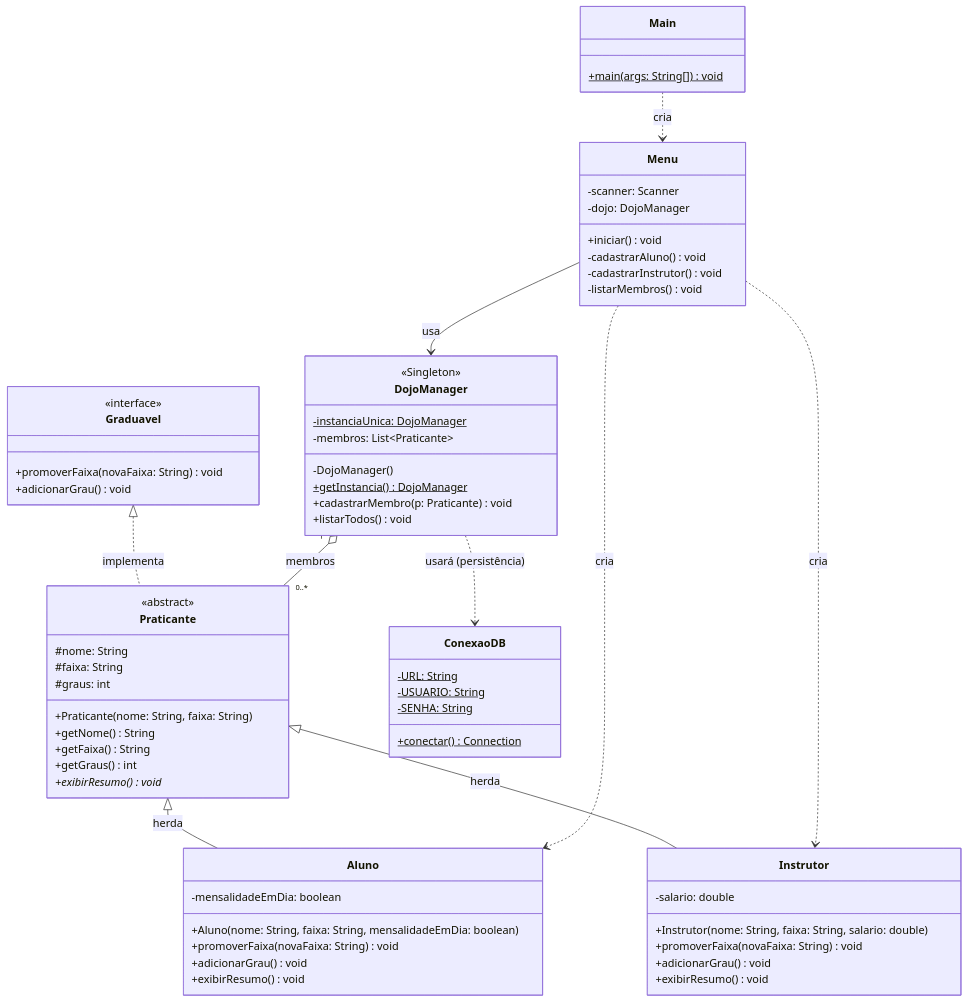
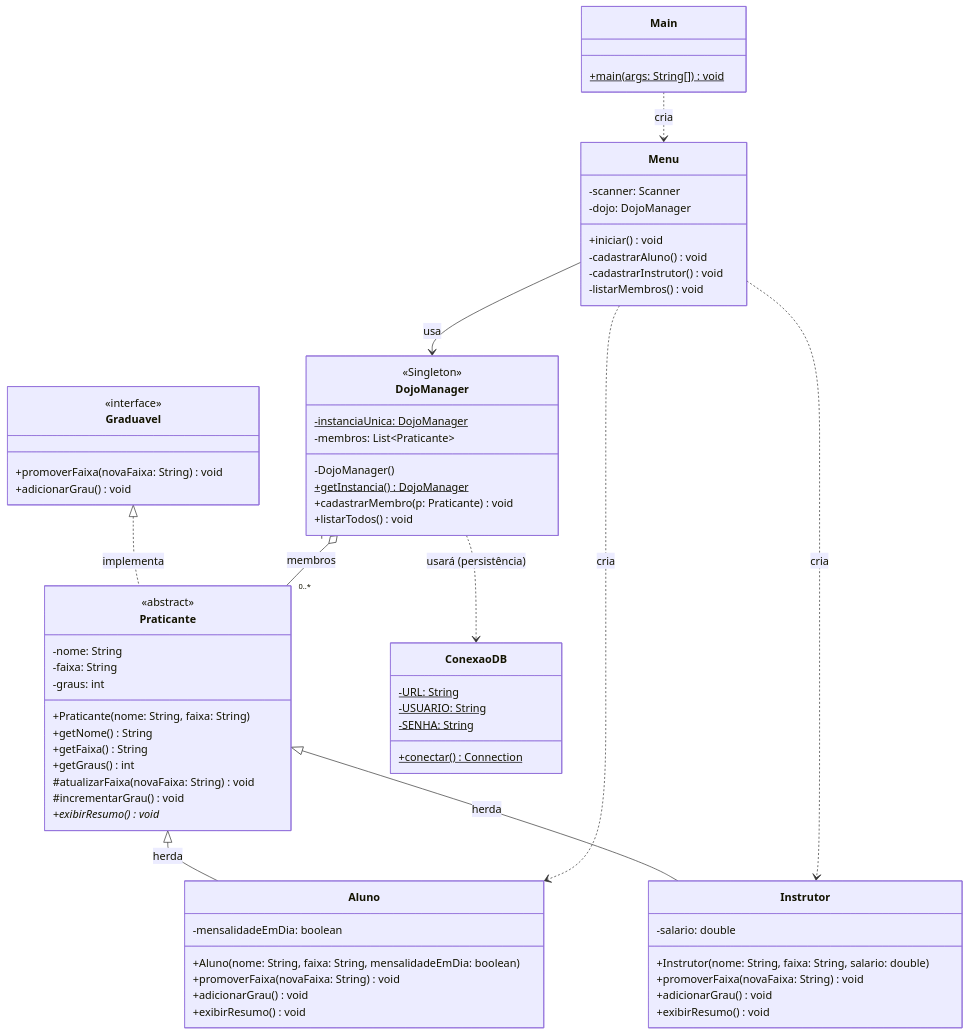
Before and after one commit to WladmirCarvalho/DojoSys: the diagram in docs/diagrama-classes.md, drawn with Mermaid. The commit also changed other lines of this file and 12 other files, not shown here.

````diff
--- a/docs/diagrama-classes.md
+++ b/docs/diagrama-classes.md
@@ -7,78 +7,80 @@
 ```mermaid
 classDiagram
     direction TB
 
     class Graduavel {
         <<interface>>
         +promoverFaixa(novaFaixa: String) void
         +adicionarGrau() void
     }
 
     class Praticante {
         <<abstract>>
-        #nome: String
-        #faixa: String
-        #graus: int
+        -nome: String
+        -faixa: String
+        -graus: int
         +Praticante(nome: String, faixa: String)
         +getNome() String
         +getFaixa() String
         +getGraus() int
+        #atualizarFaixa(novaFaixa: String) void
+        #incrementarGrau() void
         +exibirResumo()* void
     }
 
     class Aluno {
         -mensalidadeEmDia: boolean
         +Aluno(nome: String, faixa: String, mensalidadeEmDia: boolean)
         +promoverFaixa(novaFaixa: String) void
         +adicionarGrau() void
         +exibirResumo() void
     }
 
     class Instrutor {
         -salario: double
         +Instrutor(nome: String, faixa: String, salario: double)
         +promoverFaixa(novaFaixa: String) void
         +adicionarGrau() void
         +exibirResumo() void
     }
 
     class DojoManager {
         <<Singleton>>
         -instanciaUnica: DojoManager$
         -membros: List~Praticante~
         -DojoManager()
         +getInstancia()$ DojoManager
         +cadastrarMembro(p: Praticante) void
         +listarTodos() void
     }
 
     class ConexaoDB {
         -URL: String$
         -USUARIO: String$
         -SENHA: String$
         +conectar()$ Connection
     }
 
     class Menu {
         -scanner: Scanner
         -dojo: DojoManager
         +iniciar() void
         -cadastrarAluno() void
         -cadastrarInstrutor() void
         -listarMembros() void
     }
 
     class Main {
         +main(args: String[])$ void
     }
 
     Graduavel <|.. Praticante : implementa
     Praticante <|-- Aluno : herda
     Praticante <|-- Instrutor : herda
     DojoManager "1" o-- "0..*" Praticante : membros
     Main ..> Menu : cria
     Menu --> DojoManager : usa
     Menu ..> Aluno : cria
     Menu ..> Instrutor : cria
     DojoManager ..> ConexaoDB : usará (persistência)
 ```
````
